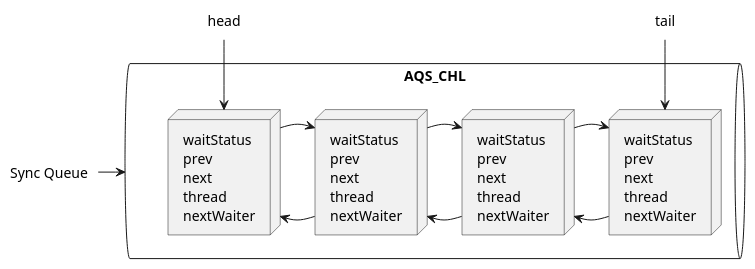
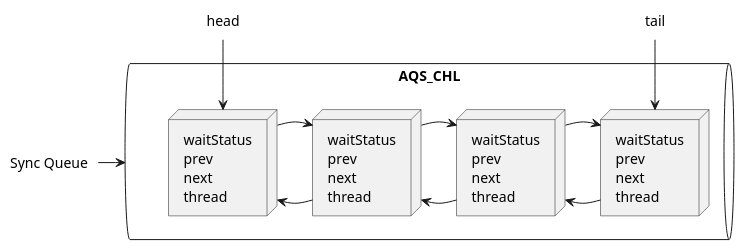
Before and after one commit to milk36/java-study-notes: the diagram in Mr Ma - Multi-threading and high concurrency/puml/CLH.puml, drawn with PlantUML. The commit also changed 4 other files, not shown here.

```diff
--- a/Mr Ma - Multi-threading and high concurrency/puml/CLH.puml
+++ b/Mr Ma - Multi-threading and high concurrency/puml/CLH.puml
@@ -1,48 +1,44 @@
 @startuml
 
 label "Sync Queue" as sq
 label "head" as hd
 label "tail" as tl
 queue AQS_CHL{
   node node1 [
     waitStatus
     prev
     next
     thread
-    nextWaiter
   ]
   node node2 [
     waitStatus
     prev
     next
     thread
-    nextWaiter
   ]
   node node3 [
     waitStatus
     prev
     next
     thread
-    nextWaiter
   ]
   node node4[
     waitStatus
     prev
     next
     thread
-    nextWaiter
   ]
 }
 sq -> AQS_CHL 
 hd -down-> node4
 tl -down-> node1
 
 node1 -> node2
 node2 -> node1
 node2 -> node3
 node3 -> node2
 node3 -> node4
 node4 -> node3
 
 
 @enduml
```
